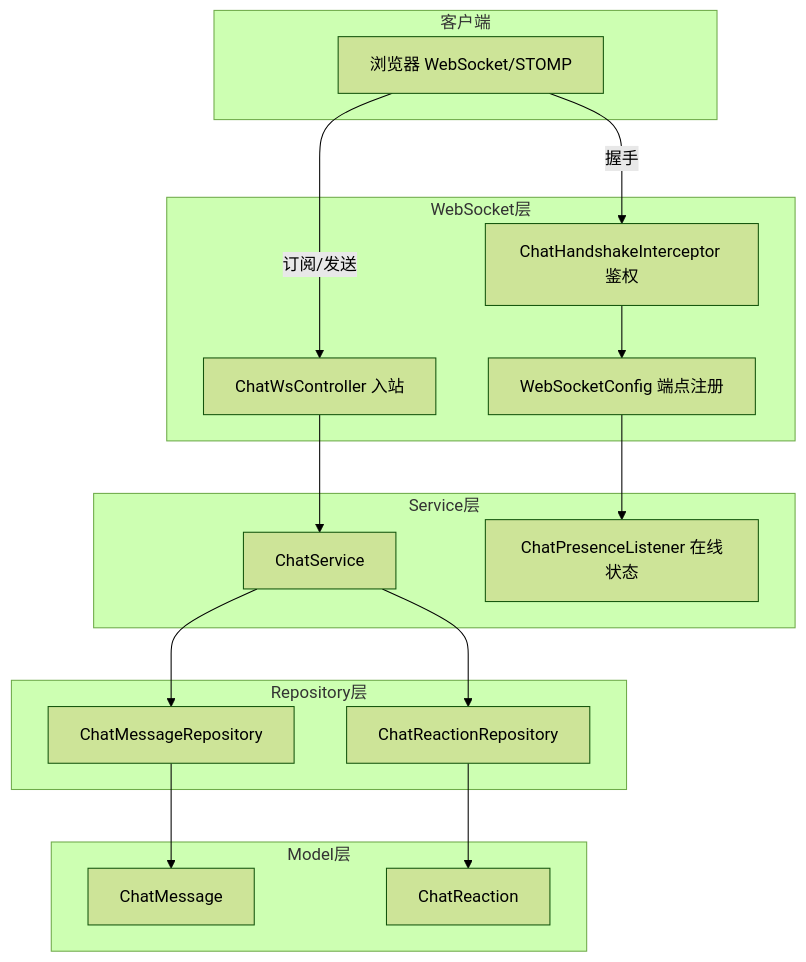
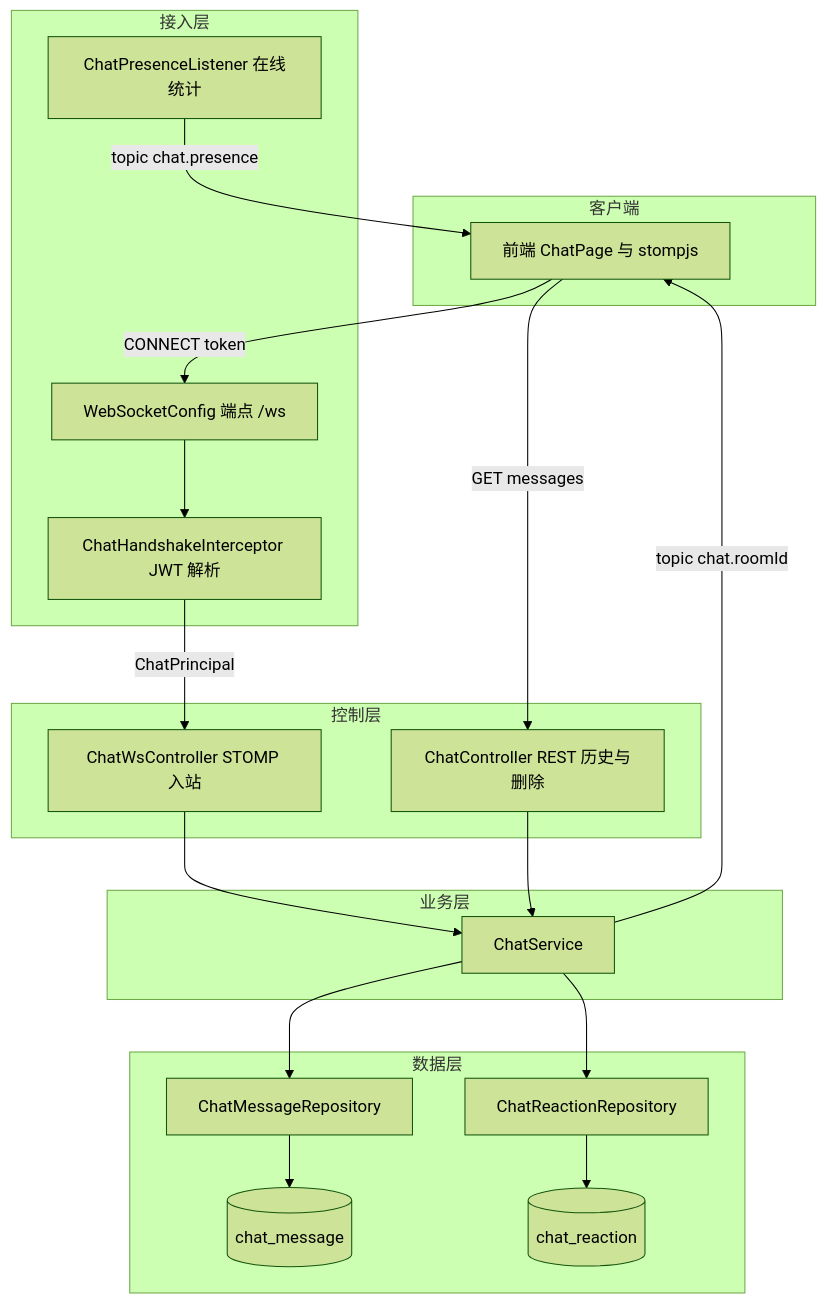
Before and after one commit to mambo-wang/CodingHub: the first of 2 diagrams in repowiki/wiki/modules/实时聊天.md, drawn with Mermaid (forest theme). The commit also changed other lines of this file and 59 other files, not shown here.

````diff
--- a/repowiki/wiki/modules/实时聊天.md
+++ b/repowiki/wiki/modules/实时聊天.md
@@ -26,31 +19,36 @@
 ```mermaid
 graph TD
     subgraph "客户端"
-        WS[浏览器 WebSocket/STOMP]
+        FE[前端 ChatPage 与 stompjs]
     end
-    subgraph "WebSocket层"
-        HI[ChatHandshakeInterceptor 鉴权]
-        WSConfig[WebSocketConfig 端点注册]
-        WSC[ChatWsController 入站]
+    subgraph "接入层"
+        WS[WebSocketConfig 端点 /ws]
+        HSI[ChatHandshakeInterceptor JWT 解析]
+        Presence[ChatPresenceListener 在线统计]
     end
-    subgraph "Service层"
-        CS[ChatService]
-        PL[ChatPresenceListener 在线状态]
+    subgraph "控制层"
+        WsCtl[ChatWsController STOMP 入站]
+        RestCtl[ChatController REST 历史与删除]
     end
-    subgraph "Repository层"
-        CMR[ChatMessageRepository]
-        CRR[ChatReactionRepository]
+    subgraph "业务层"
+        Svc[ChatService]
     end
-    subgraph "Model层"
-        CM[ChatMessage]
-        CR[ChatReaction]
+    subgraph "数据层"
+        MsgRepo[ChatMessageRepository]
+        ReactRepo[ChatReactionRepository]
+        MsgTbl[(chat_message)]
+        ReactTbl[(chat_reaction)]
     end
-    WS -->|握手| HI --> WSConfig
-    WS -->|订阅/发送| WSC
-    WSC --> CS
-    CS --> CMR
-    CS --> CRR
-    CMR --> CM
-    CRR --> CR
-    WSConfig --> PL
+    FE -->|CONNECT token| WS
+    WS --> HSI
+    HSI -->|ChatPrincipal| WsCtl
+    FE -->|GET messages| RestCtl
+    WsCtl --> Svc
+    RestCtl --> Svc
+    Svc --> MsgRepo
+    Svc --> ReactRepo
+    MsgRepo --> MsgTbl
+    ReactRepo --> ReactTbl
+    Presence -->|topic chat.presence| FE
+    Svc -->|topic chat.roomId| FE
 ```
````
